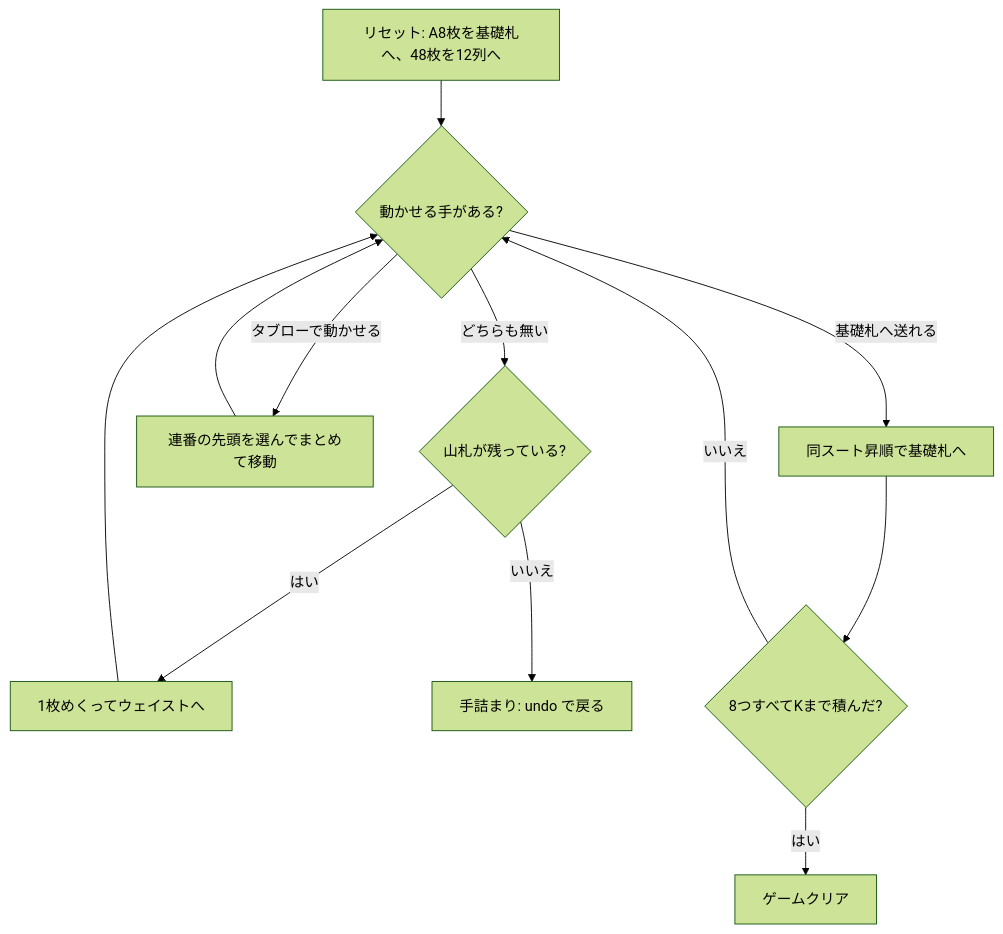
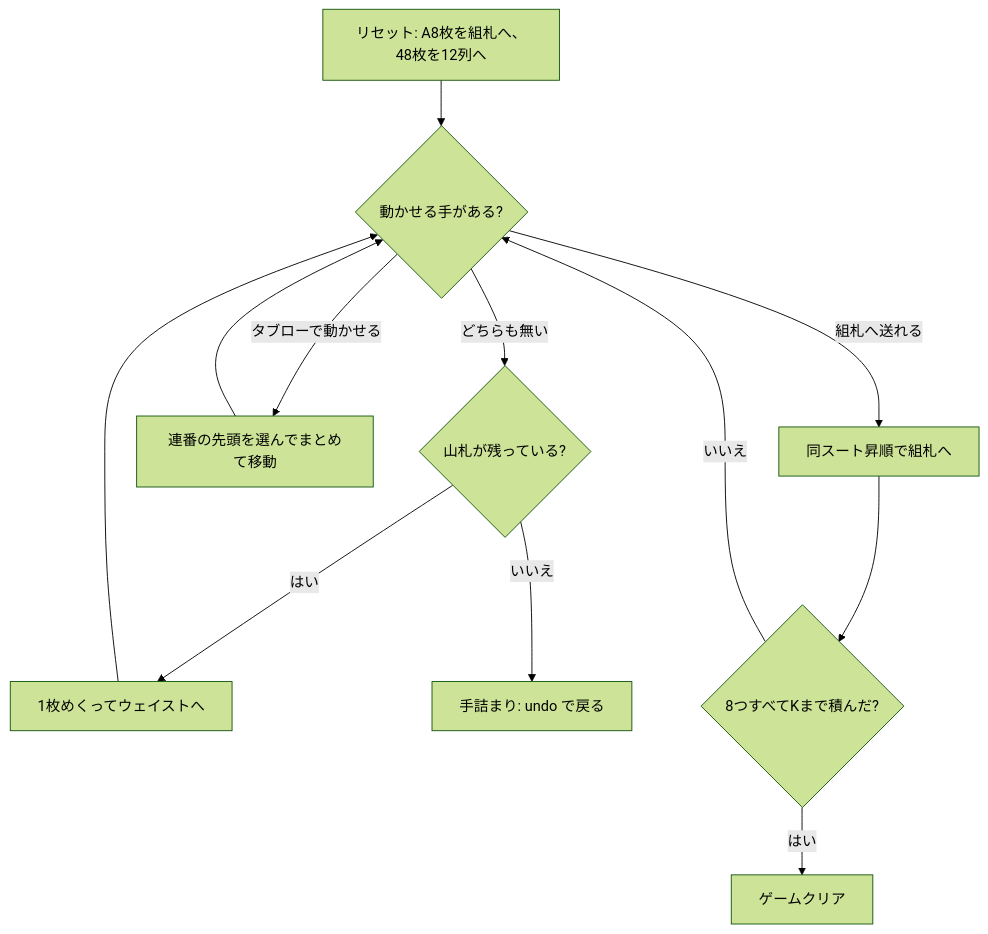
One commit to yuta-yoshinaga/go_trumpcards changed the diagram in docs/manual/cui/napoleonssquare.md. Above: the diagram before and after it, drawn with Mermaid (forest theme). The commit also changed other lines of this file and 49 other files, not shown here.

````diff
--- a/docs/manual/cui/napoleonssquare.md
+++ b/docs/manual/cui/napoleonssquare.md
@@ -30,14 +30,14 @@
 ```mermaid
 flowchart TD
-    A[リセット: A8枚を基礎札へ、48枚を12列へ] --> B{動かせる手がある?}
-    B -- 基礎札へ送れる --> C[同スート昇順で基礎札へ]
+    A[リセット: A8枚を組札へ、48枚を12列へ] --> B{動かせる手がある?}
+    B -- 組札へ送れる --> C[同スート昇順で組札へ]
     B -- タブローで動かせる --> D[連番の先頭を選んでまとめて移動]
     B -- どちらも無い --> E{山札が残っている?}
     E -- はい --> F[1枚めくってウェイストへ]
     E -- いいえ --> G[手詰まり: undo で戻る]
     C --> H{8つすべてKまで積んだ?}
     D --> B
     F --> B
     H -- はい --> I[ゲームクリア]
     H -- いいえ --> B
 ```
````
